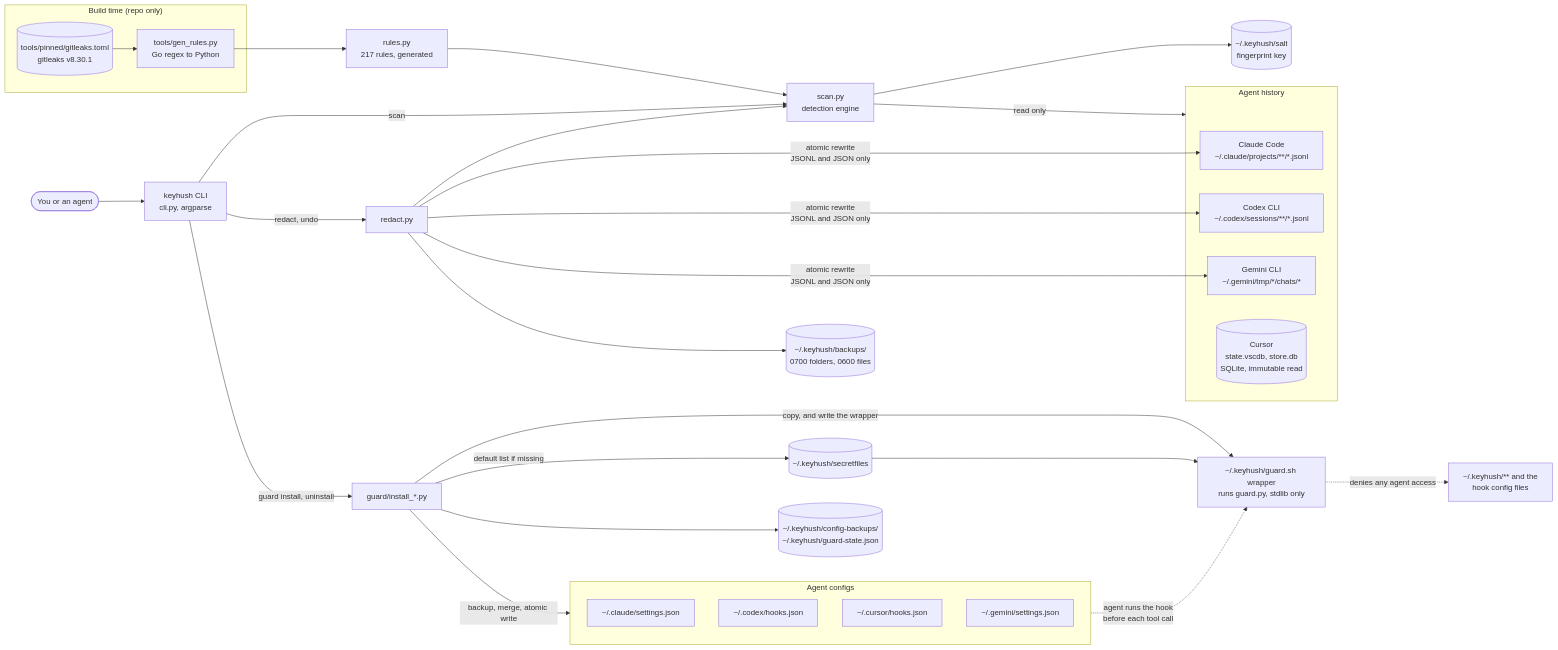
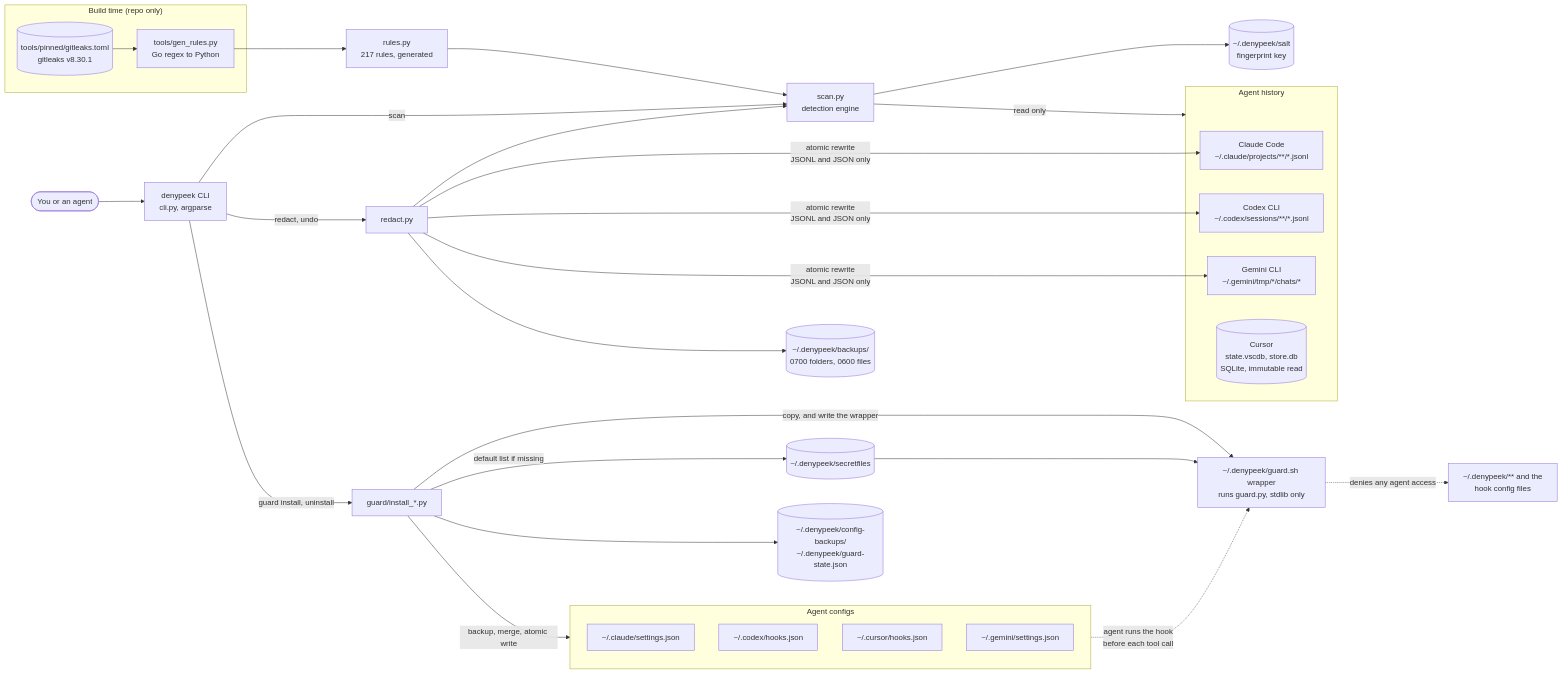
Before and after one commit to Sparli/denypeek: the diagram in diagrams/01-architecture-overview.mmd, drawn with Mermaid. The commit also changed 64 other files, not shown here.

First line of the commit message:
refactor!: rename keyhush to denypeek before the first release

```diff
--- a/diagrams/01-architecture-overview.mmd
+++ b/diagrams/01-architecture-overview.mmd
@@ -1,38 +1,38 @@
 flowchart LR
-    U(["You or an agent"]) --> CLI["keyhush CLI<br/>cli.py, argparse"]
+    U(["You or an agent"]) --> CLI["denypeek CLI<br/>cli.py, argparse"]
 
     subgraph build["Build time (repo only)"]
         GL[("tools/pinned/gitleaks.toml<br/>gitleaks v8.30.1")] --> GEN["tools/gen_rules.py<br/>Go regex to Python"]
     end
     GEN --> RULES["rules.py<br/>217 rules, generated"]
 
     CLI -->|scan| SCAN["scan.py<br/>detection engine"]
     RULES --> SCAN
     SCAN -->|read only| SRC
     subgraph SRC["Agent history"]
         C1["Claude Code<br/>~/.claude/projects/**/*.jsonl"]
         C2["Codex CLI<br/>~/.codex/sessions/**/*.jsonl"]
         C3["Gemini CLI<br/>~/.gemini/tmp/*/chats/*"]
         C4[("Cursor<br/>state.vscdb, store.db<br/>SQLite, immutable read")]
     end
 
     CLI -->|redact, undo| RED["redact.py"]
     RED --> SCAN
     RED -->|"atomic rewrite<br/>JSONL and JSON only"| C1 & C2 & C3
-    RED --> BK[("~/.keyhush/backups/<br/>0700 folders, 0600 files")]
-    SCAN --> SALT[("~/.keyhush/salt<br/>fingerprint key")]
+    RED --> BK[("~/.denypeek/backups/<br/>0700 folders, 0600 files")]
+    SCAN --> SALT[("~/.denypeek/salt<br/>fingerprint key")]
 
     CLI -->|guard install, uninstall| INST["guard/install_*.py"]
-    INST -->|"copy, and write the wrapper"| GP["~/.keyhush/guard.sh wrapper<br/>runs guard.py, stdlib only"]
-    INST -->|"default list if missing"| PAT[("~/.keyhush/secretfiles")]
+    INST -->|"copy, and write the wrapper"| GP["~/.denypeek/guard.sh wrapper<br/>runs guard.py, stdlib only"]
+    INST -->|"default list if missing"| PAT[("~/.denypeek/secretfiles")]
     INST -->|"backup, merge, atomic write"| CFG
-    INST --> CB[("~/.keyhush/config-backups/<br/>~/.keyhush/guard-state.json")]
+    INST --> CB[("~/.denypeek/config-backups/<br/>~/.denypeek/guard-state.json")]
     subgraph CFG["Agent configs"]
         K1["~/.claude/settings.json"]
         K2["~/.codex/hooks.json"]
         K3["~/.cursor/hooks.json"]
         K4["~/.gemini/settings.json"]
     end
     CFG -.->|"agent runs the hook<br/>before each tool call"| GP
     PAT --> GP
-    GP -.->|"denies any agent access"| PROT["~/.keyhush/** and the<br/>hook config files"]
+    GP -.->|"denies any agent access"| PROT["~/.denypeek/** and the<br/>hook config files"]
```
